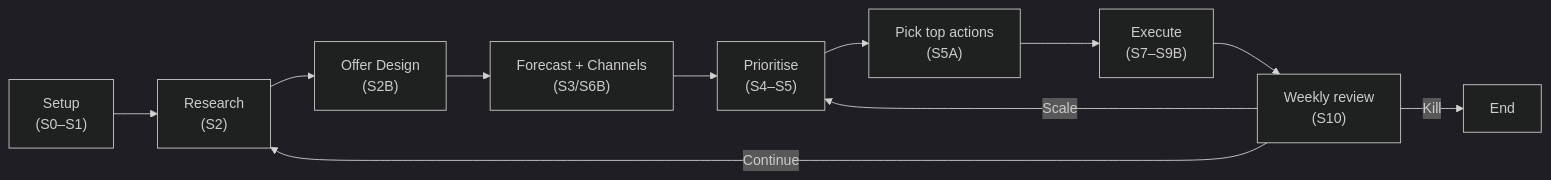
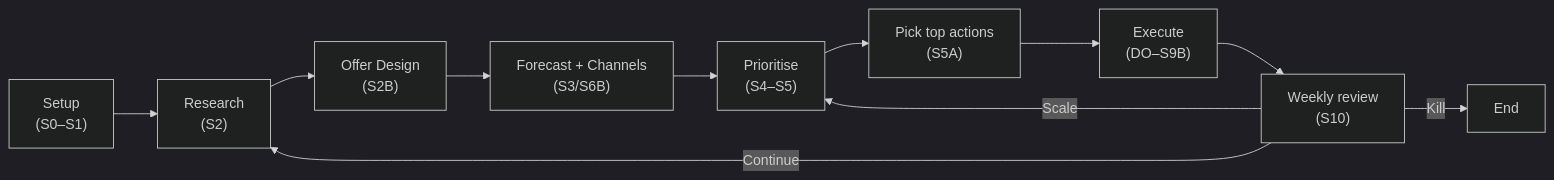
One commit to PeterCowling/base-shop changed the first of 2 diagrams in docs/business-os/startup-loop-workflow.user.md. Above: the diagram before and after it, drawn with Mermaid (dark theme). The commit also changed other lines of this file and 151 other files, not shown here.

````diff
--- a/docs/business-os/startup-loop-workflow.user.md
+++ b/docs/business-os/startup-loop-workflow.user.md
@@ -59,24 +59,24 @@
 ```mermaid
 flowchart LR
     N1["Setup\n(S0–S1)"]
     N2["Research\n(S2)"]
     N3["Offer Design\n(S2B)"]
     N4["Forecast + Channels\n(S3/S6B)"]
     N5["Prioritise\n(S4–S5)"]
     N6["Pick top actions\n(S5A)"]
-    N7["Execute\n(S7–S9B)"]
+    N7["Execute\n(DO–S9B)"]
     N8["Weekly review\n(S10)"]
     NEND["End"]
 
     N1 --> N2
     N2 --> N3
     N3 --> N4
     N4 --> N5
     N5 --> N6
     N6 --> N7
     N7 --> N8
 
     N8 -->|Continue| N2
     N8 -->|Scale| N5
     N8 -->|Kill| NEND
 ```
````
